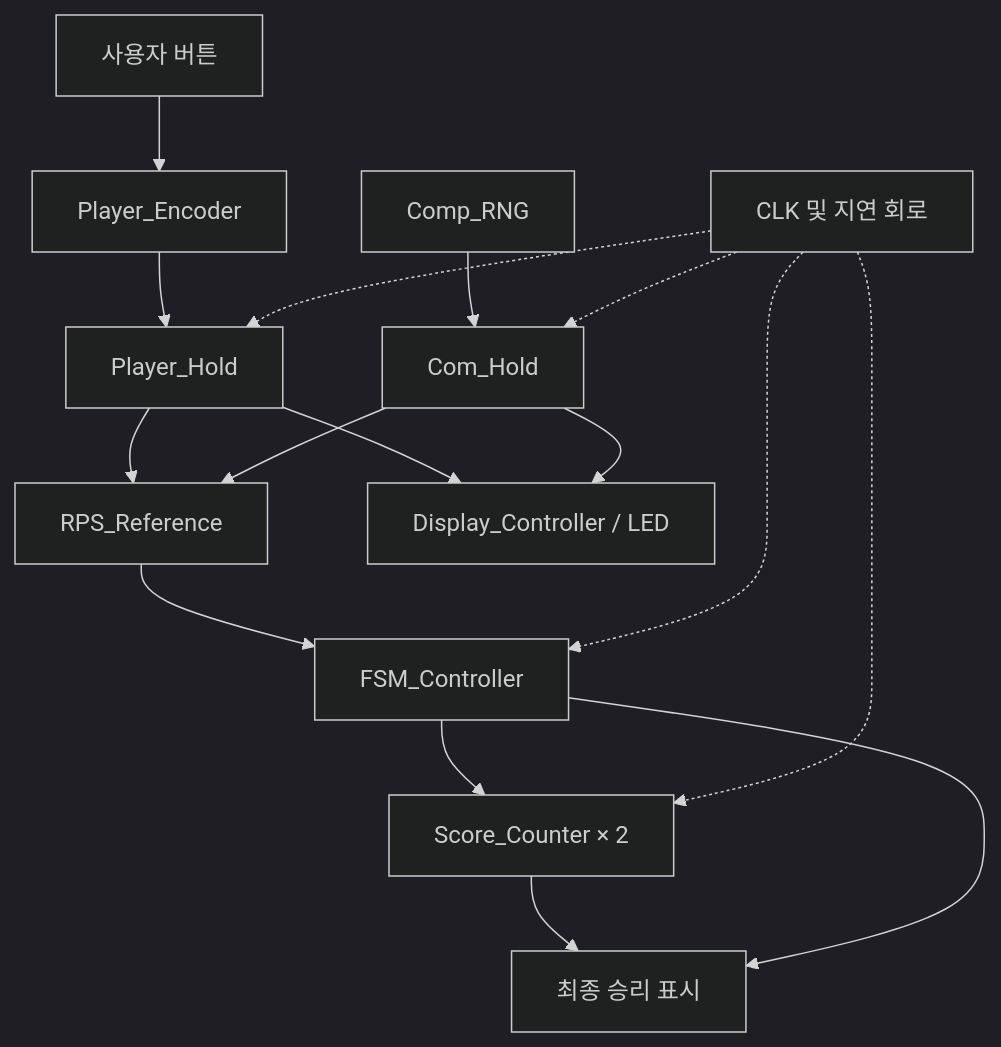
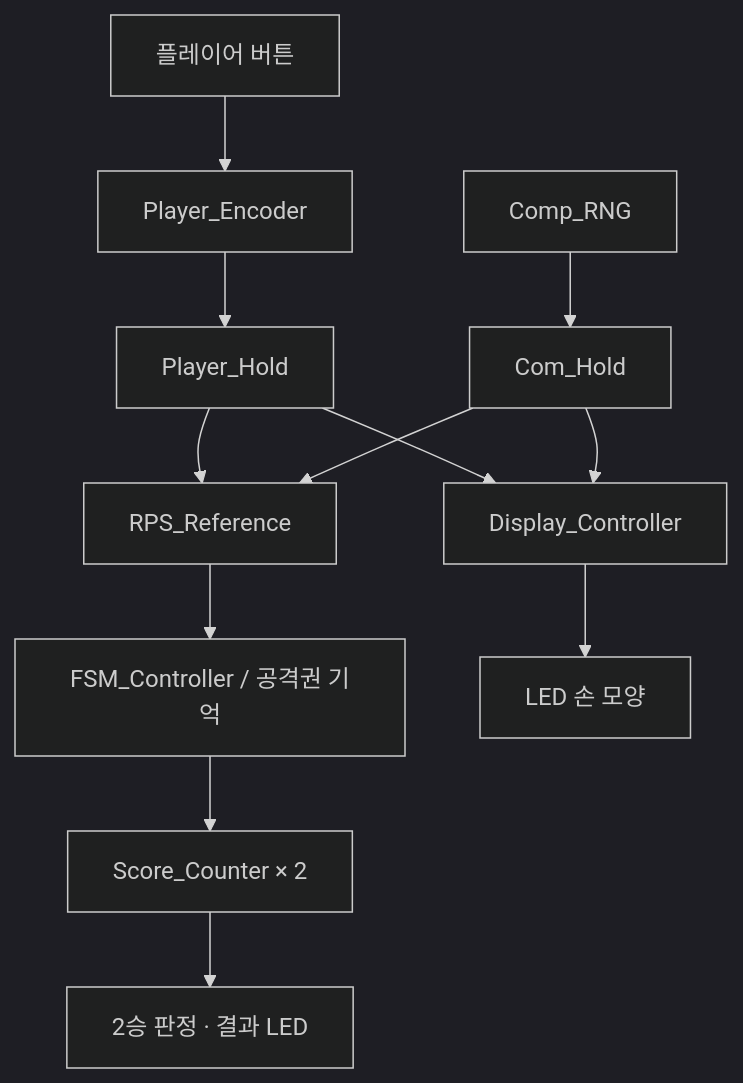
Before and after one commit to hahyeong12/mukjjippa-2025-digital-logic: the diagram in README.md, drawn with Mermaid (dark theme). The commit also changed other lines of this file, not shown here.

Commit message:
docs: rebuild portfolio around project motivation, full marks and circuit architecture

````diff
--- a/README.md
+++ b/README.md
@@ -35,18 +37,14 @@
-```mermaid
+~~~mermaid
 flowchart TD
-    U[사용자 버튼] --> E[Player_Encoder]
-    R[Comp_RNG] --> CH[Com_Hold]
-    E --> PH[Player_Hold]
-    PH --> REF[RPS_Reference]
+    A["플레이어 버튼"] --> PE["Player_Encoder"]
+    B["Comp_RNG"] --> CH["Com_Hold"]
+    PE --> PH["Player_Hold"]
+    PH --> REF["RPS_Reference"]
     CH --> REF
-    REF --> FSM[FSM_Controller]
-    FSM --> SC[Score_Counter × 2]
-    PH --> DISP[Display_Controller / LED]
+    REF --> FSM["FSM_Controller / 공격권 기억"]
+    FSM --> SCORE["Score_Counter × 2"]
+    SCORE --> WIN["2승 판정 · 결과 LED"]
+    PH --> DISP["Display_Controller"]
     CH --> DISP
-    SC --> RESULT[최종 승리 표시]
-    FSM --> RESULT
-    TIMING[CLK 및 지연 회로] -.-> PH
-    TIMING -.-> CH
-    TIMING -.-> FSM
-    TIMING -.-> SC
-```
+    DISP --> LED["LED 손 모양"]
+~~~
````
